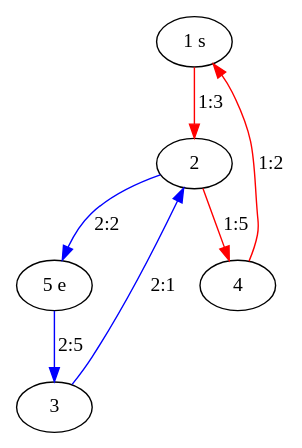
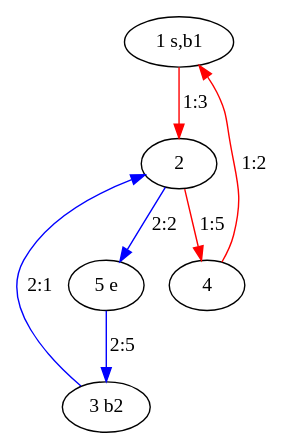
The diagram in instances/instance-2.gv (iagorrr/PDDL-joao-and-the-bus-domain), drawn with Graphviz before and after one commit. The commit also changed 21 other files, not shown here.

```diff
--- a/instances/instance-2.gv
+++ b/instances/instance-2.gv
@@ -1,13 +1,13 @@
 digraph "instance-2" {
-	1 [label="1 s"]
+	1 [label="1 s,b1"]
 	5 [label="5 e"]
+	3 [label="3 b2"]
 	2 [label=2]
 	1 -> 2 [label="1:3" color=red weight=3]
 	4 [label=4]
 	2 -> 4 [label="1:5" color=red weight=5]
 	4 -> 1 [label="1:2" color=red weight=2]
-	3 [label=3]
 	3 -> 2 [label="2:1" color=blue weight=1]
 	2 -> 5 [label="2:2" color=blue weight=2]
 	5 -> 3 [label="2:5" color=blue weight=5]
 }
```
